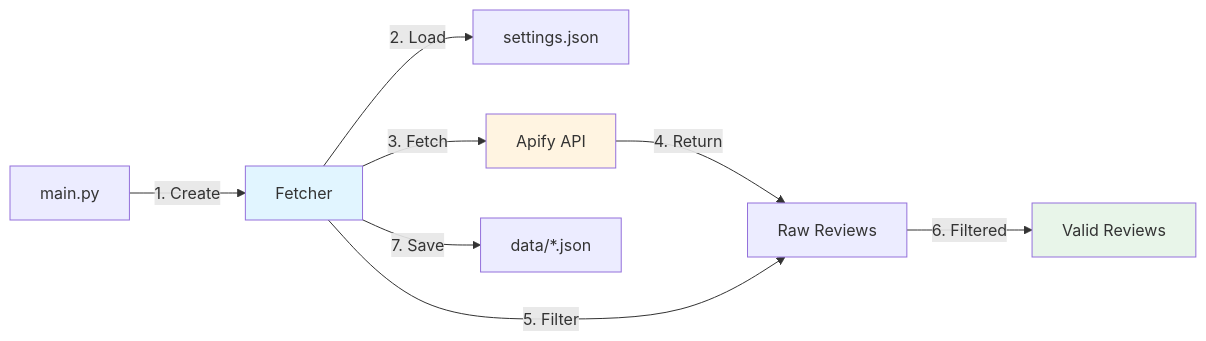
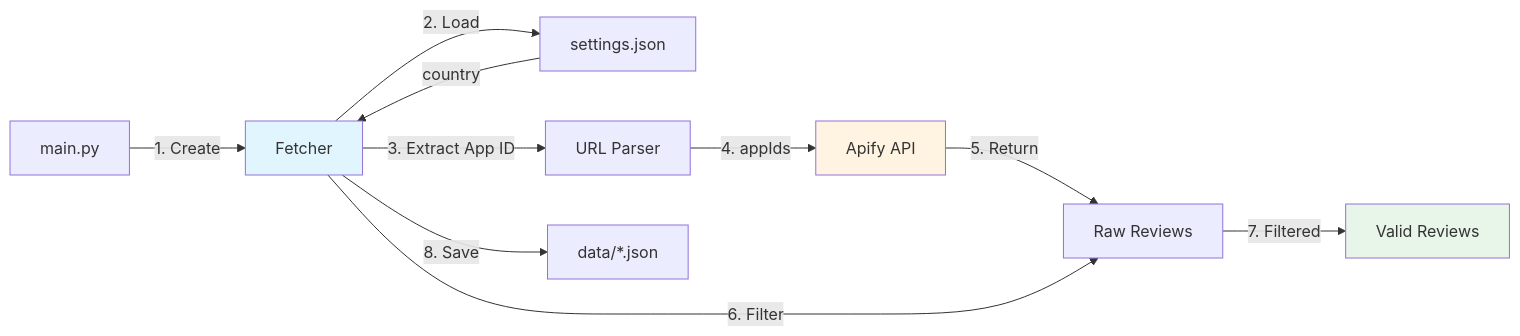
The second of 4 diagrams in docs/ai/implementation/knowledge-fetcher.md (chrislongnguyen/long-apify-appstore-scraper), drawn with Mermaid before and after one commit. The commit also changed other lines of this file and 31 other files, not shown here.

````diff
--- a/docs/ai/implementation/knowledge-fetcher.md
+++ b/docs/ai/implementation/knowledge-fetcher.md
@@ -259,14 +297,16 @@
 ```mermaid
 graph LR
     A[main.py] -->|1. Create| B[Fetcher]
     B -->|2. Load| C[settings.json]
-    B -->|3. Fetch| D[Apify API]
-    D -->|4. Return| E[Raw Reviews]
-    B -->|5. Filter| E
-    E -->|6. Filtered| F[Valid Reviews]
-    B -->|7. Save| G[data/*.json]
+    C -->|country| B
+    B -->|3. Extract App ID| D[URL Parser]
+    D -->|4. appIds| E[Apify API]
+    E -->|5. Return| F[Raw Reviews]
+    B -->|6. Filter| F
+    F -->|7. Filtered| G[Valid Reviews]
+    B -->|8. Save| H[data/*.json]
     
     style B fill:#e1f5ff
-    style D fill:#fff4e1
-    style F fill:#e8f5e9
+    style E fill:#fff4e1
+    style G fill:#e8f5e9
 ```
````
